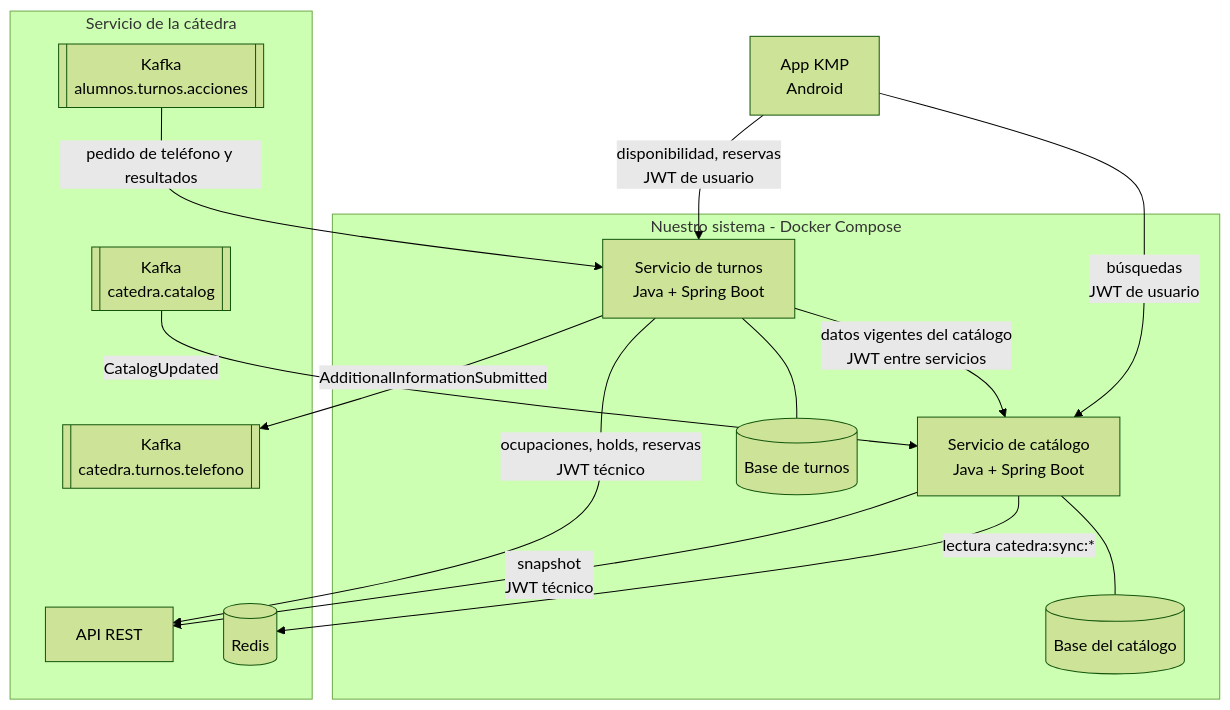
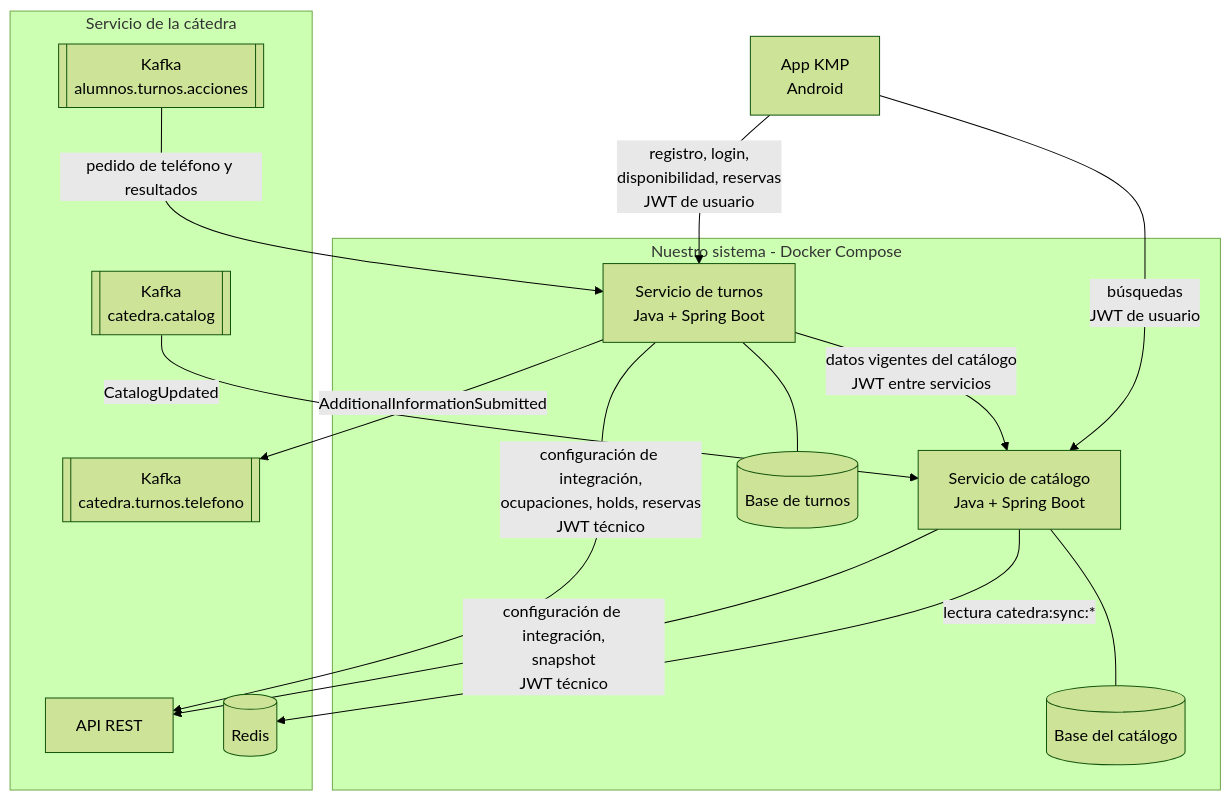
One commit to Martin-Salvatore-ProgII/docs changed the second of 2 diagrams in arq/arquitectura.md. Above: the diagram before and after it, drawn with Mermaid (forest theme). The commit also changed other lines of this file and 10 other files, not shown here.

````diff
--- a/arq/arquitectura.md
+++ b/arq/arquitectura.md
@@ -34,34 +34,34 @@
 ```mermaid
 flowchart TB
     APP[App KMP<br/>Android]
 
     subgraph NUESTRO[Nuestro sistema - Docker Compose]
         CS[Servicio de catálogo<br/>Java + Spring Boot]
         CDB[(Base del catálogo)]
         TS[Servicio de turnos<br/>Java + Spring Boot]
         TDB[(Base de turnos)]
     end
 
     subgraph CAT[Servicio de la cátedra]
         API[API REST]
         RED[(Redis)]
         KC[[Kafka<br/>catedra.catalog]]
         KA[[Kafka<br/>alumnos.turnos.acciones]]
         KT[[Kafka<br/>catedra.turnos.telefono]]
     end
 
     APP -->|búsquedas<br/>JWT de usuario| CS
-    APP -->|disponibilidad, reservas<br/>JWT de usuario| TS
+    APP -->|registro, login,<br/>disponibilidad, reservas<br/>JWT de usuario| TS
     TS -->|datos vigentes del catálogo<br/>JWT entre servicios| CS
 
     CS --- CDB
     TS --- TDB
 
-    CS -->|snapshot<br/>JWT técnico| API
+    CS -->|configuración de integración,<br/>snapshot<br/>JWT técnico| API
     CS -->|lectura catedra:sync:*| RED
     KC -->|CatalogUpdated| CS
 
-    TS -->|ocupaciones, holds, reservas<br/>JWT técnico| API
+    TS -->|configuración de integración,<br/>ocupaciones, holds, reservas<br/>JWT técnico| API
     KA -->|pedido de teléfono y resultados| TS
     TS -->|AdditionalInformationSubmitted| KT
 ```
````
